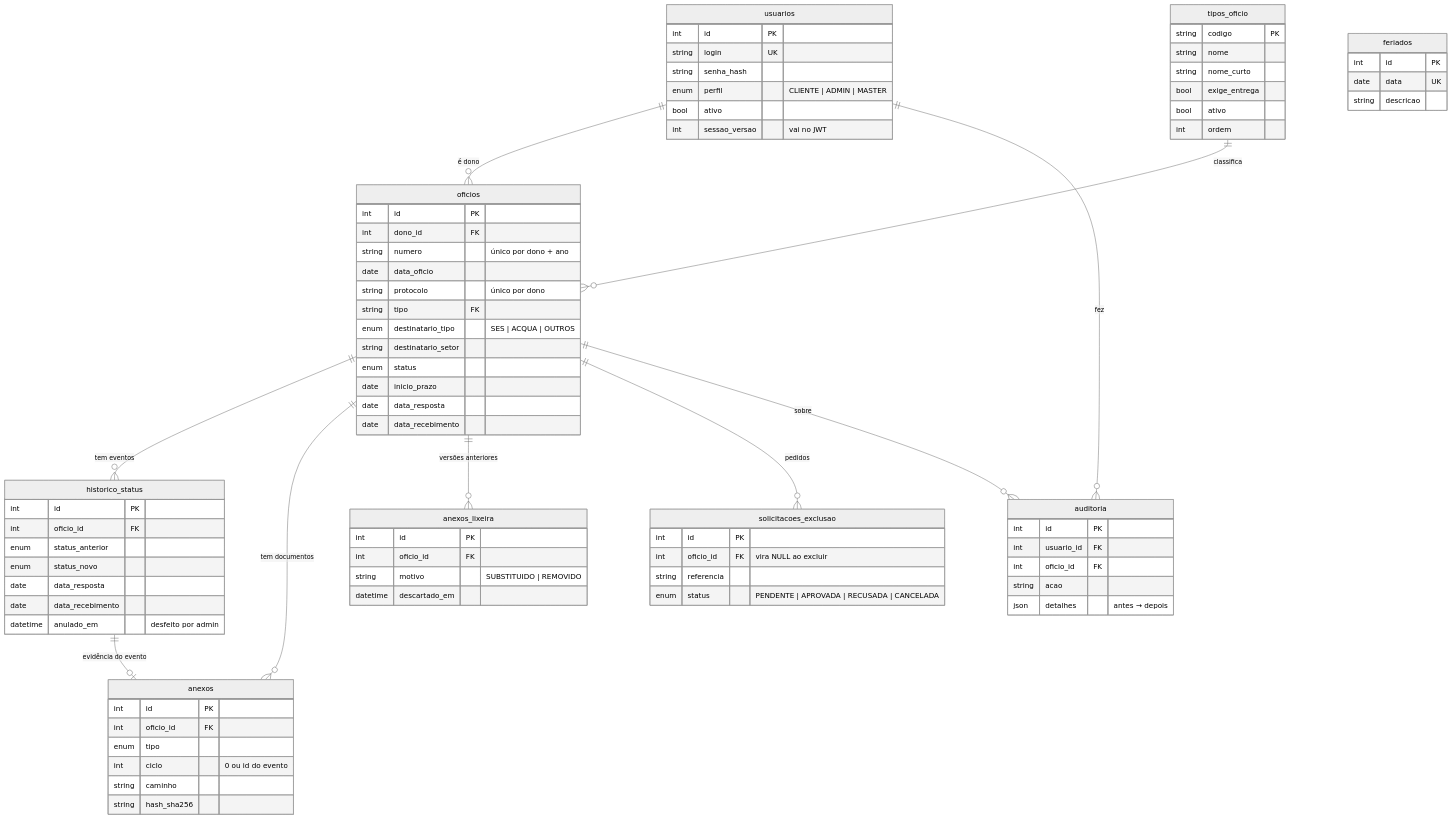
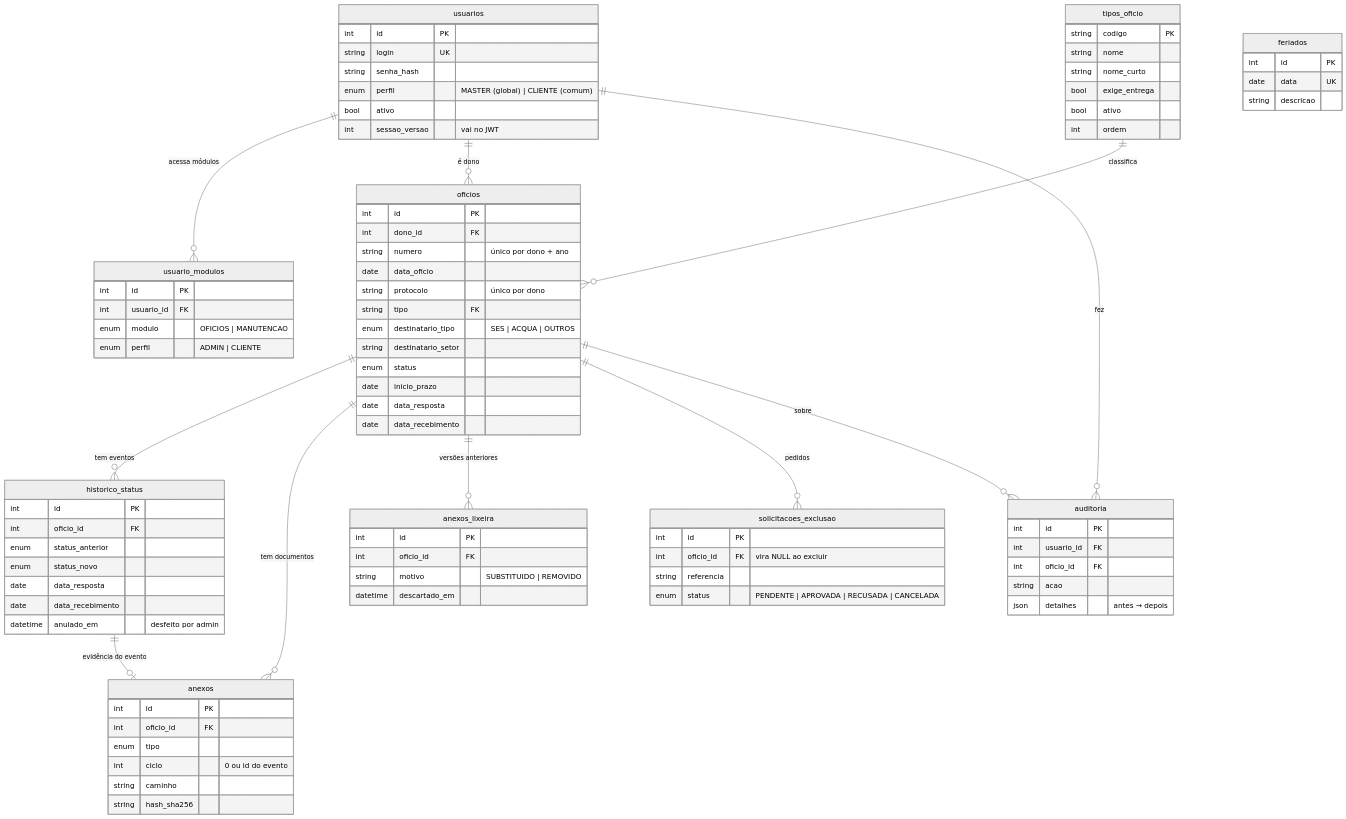
One commit to kimerainformatica/planner-de-oficios changed the second of 2 diagrams in docs/ARQUITETURA.md. Above: the diagram before and after it, drawn with Mermaid (neutral theme). The commit also changed other lines of this file and 70 other files, not shown here.

````diff
--- a/docs/ARQUITETURA.md
+++ b/docs/ARQUITETURA.md
@@ -59,5 +88,6 @@
 ```mermaid
 erDiagram
+    usuarios ||--o{ usuario_modulos : "acessa módulos"
     usuarios ||--o{ oficios : "é dono"
     tipos_oficio ||--o{ oficios : classifica
     oficios ||--o{ historico_status : "tem eventos"
@@ -72,9 +102,15 @@
         int id PK
         string login UK
         string senha_hash
-        enum perfil "CLIENTE | ADMIN | MASTER"
+        enum perfil "MASTER (global) | CLIENTE (comum)"
         bool ativo
         int sessao_versao "vai no JWT"
+    }
+    usuario_modulos {
+        int id PK
+        int usuario_id FK
+        enum modulo "OFICIOS | MANUTENCAO"
+        enum perfil "ADMIN | CLIENTE"
     }
     tipos_oficio {
         string codigo PK
````
